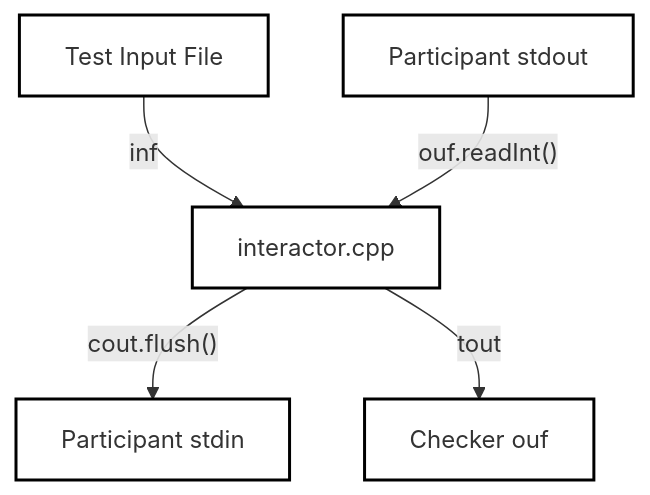
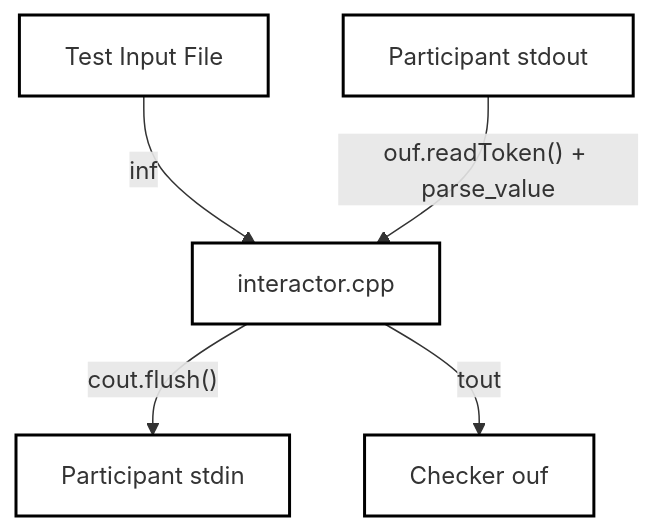
Before and after one commit to 7oSkaaa/polygon-problems-generator: the first of 2 diagrams in wiki/Interactor-Agent-Rules.md, drawn with Mermaid. The commit also changed other lines of this file and 23 other files, not shown here.

````diff
--- a/wiki/Interactor-Agent-Rules.md
+++ b/wiki/Interactor-Agent-Rules.md
@@ -34,9 +34,9 @@
 ```mermaid
 graph TD
     sub5["Test Input File"] -->|"inf"| node1["interactor.cpp"]
     node1 -->|"cout.flush()"| sub6["Participant stdin"]
-    sub7["Participant stdout"] -->|"ouf.readInt()"| node1
+    sub7["Participant stdout"] -->|"ouf.readToken() + parse_value"| node1
     node1 -->|"tout"| sub8["Checker ouf"]
     
     classDef default fill:none,stroke:black,stroke-width:2px;
 ```
````
